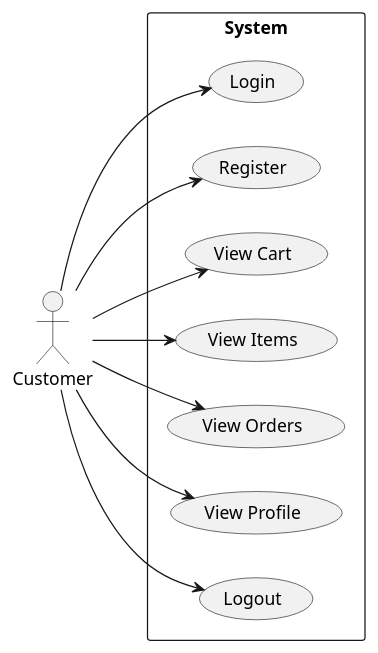
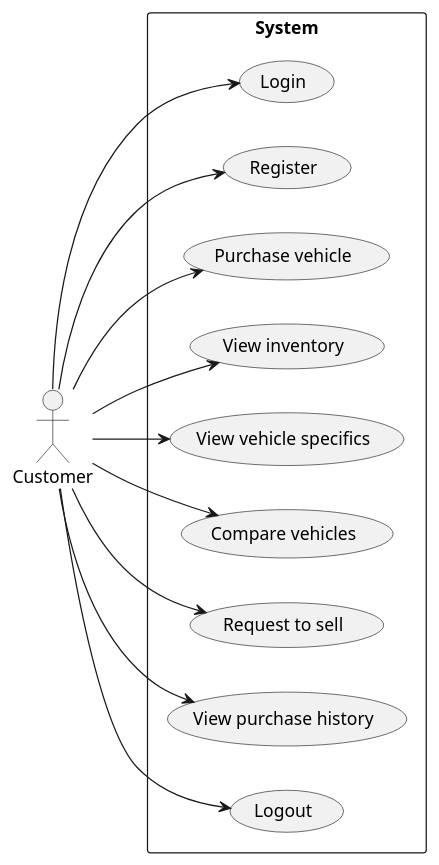
One commit to Clackroe/GroupProj-3135 changed the diagram in onlineStoreTemplate-main/Diagrams/Cases/customer.puml. Above: the diagram before and after it, drawn with PlantUML.

Commit message:
Updated customer use case diagramy

```diff
--- a/onlineStoreTemplate-main/Diagrams/Cases/customer.puml
+++ b/onlineStoreTemplate-main/Diagrams/Cases/customer.puml
@@ -1,20 +1,24 @@
 @startuml customer
 left to right direction
 actor Customer
 rectangle "System" as system {
   (Login)
   (Register)
-  (View Cart)
-  (View Items)
-  (View Orders)
-  (View Profile)
+  (Purchase vehicle)
+  (View inventory)
+  (View vehicle specifics)
+  (Compare vehicles)
+  (Request to sell)
+  (View purchase history)
   (Logout)
 }
 Customer --> (Login)
 Customer --> (Register)
-Customer --> (View Cart)
-Customer --> (View Items)
-Customer --> (View Orders)
-Customer --> (View Profile)
+Customer --> (Purchase vehicle)
+Customer --> (View inventory)
+Customer --> (View vehicle specifics)
+Customer --> (Compare vehicles)
+Customer --> (Request to sell)
+Customer --> (View purchase history)
 Customer --> (Logout)
 @enduml
```
